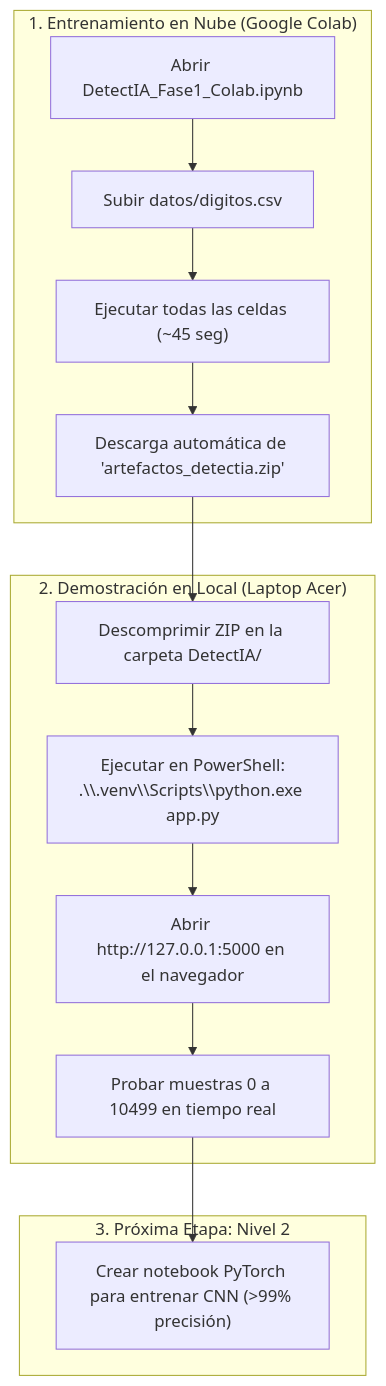
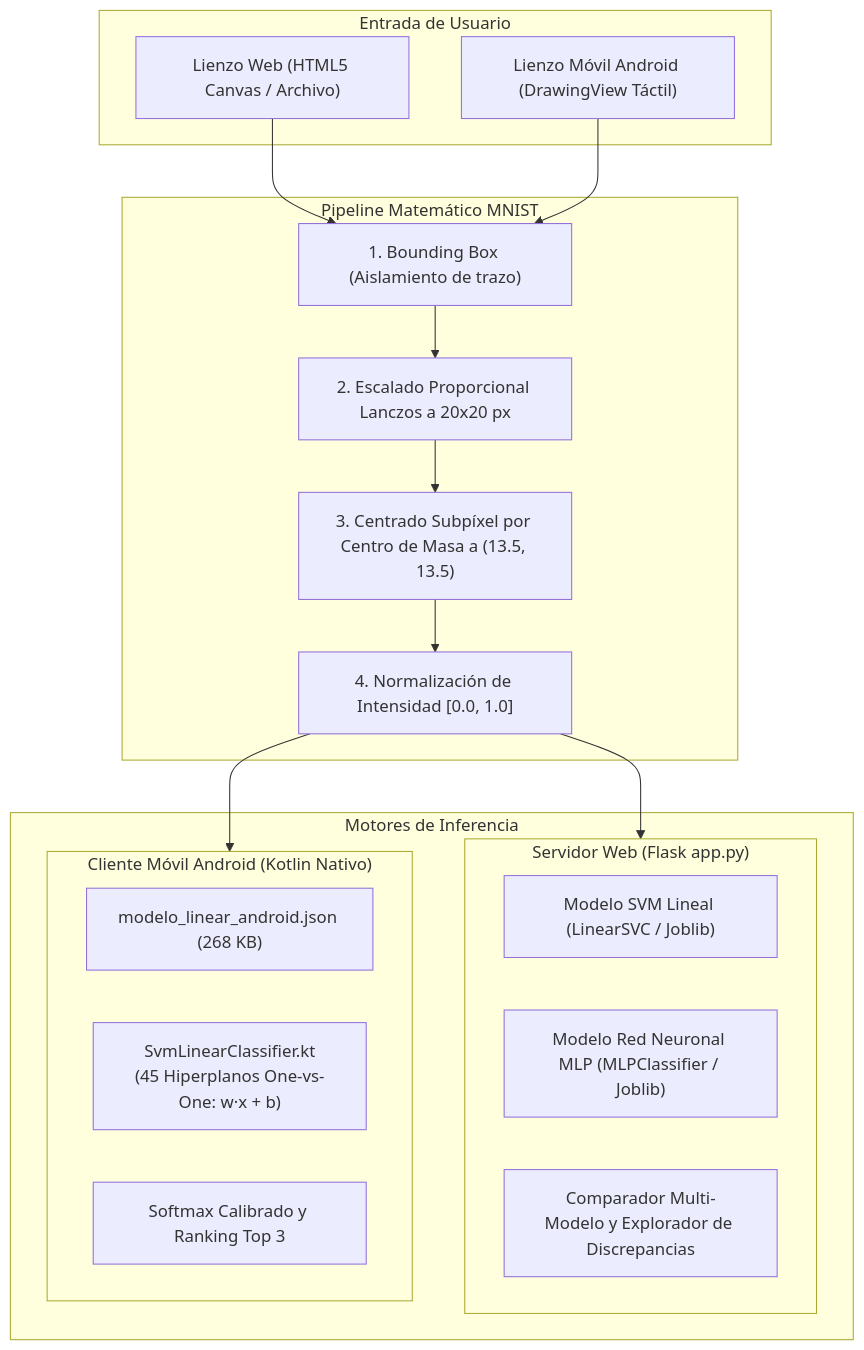
The diagram in contexto.md (TeVerde29/DetectIA), drawn with Mermaid before and after one commit. The commit also changed other lines of this file and 74 other files, not shown here.

First line of the commit message:
Add multi-model MNIST comparison experience

````diff
--- a/contexto.md
+++ b/contexto.md
@@ -113,19 +22,33 @@
 ```mermaid
 flowchart TD
-    subgraph Nube ["1. Entrenamiento en Nube (Google Colab)"]
-        A["Abrir DetectIA_Fase1_Colab.ipynb"] --> B["Subir datos/digitos.csv"]
-        B --> C["Ejecutar todas las celdas (~45 seg)"]
-        C --> D["Descarga automática de 'artefactos_detectia.zip'"]
+    subgraph Entrada ["Entrada de Usuario"]
+        CanvasWeb["Lienzo Web (HTML5 Canvas / Archivo)"]
+        CanvasApp["Lienzo Móvil Android (DrawingView Táctil)"]
     end
 
-    subgraph Laptop ["2. Demostración en Local (Laptop Acer)"]
-        D --> E["Descomprimir ZIP en la carpeta DetectIA/"]
-        E --> F["Ejecutar en PowerShell:\n.\\.venv\\Scripts\\python.exe app.py"]
-        F --> G["Abrir http://127.0.0.1:5000 en el navegador"]
-        G --> H["Probar muestras 0 a 10499 en tiempo real"]
+    subgraph Preprocesamiento ["Pipeline Matemático MNIST"]
+        BBox["1. Bounding Box (Aislamiento de trazo)"]
+        Scale["2. Escalado Proporcional Lanczos a 20x20 px"]
+        CoM["3. Centrado Subpíxel por Centro de Masa a (13.5, 13.5)"]
+        Norm["4. Normalización de Intensidad [0.0, 1.0]"]
     end
 
-    subgraph SiguientePaso ["3. Próxima Etapa: Nivel 2"]
-        H --> I["Crear notebook PyTorch para entrenar CNN (>99% precisión)"]
+    subgraph Motores ["Motores de Inferencia"]
+        subgraph ServidorWeb ["Servidor Web (Flask app.py)"]
+            ModSVM["Modelo SVM Lineal (LinearSVC / Joblib)"]
+            ModCNN["Modelo Red Neuronal MLP (MLPClassifier / Joblib)"]
+            Comparador["Comparador Multi-Modelo y Explorador de Discrepancias"]
+        end
+        subgraph ClienteMovil ["Cliente Móvil Android (Kotlin Nativo)"]
+            AssetsJSON["modelo_linear_android.json (268 KB)"]
+            OvOEngine["SvmLinearClassifier.kt\n(45 Hiperplanos One-vs-One: w·x + b)"]
+            SoftmaxAndroid["Softmax Calibrado y Ranking Top 3"]
+        end
     end
+
+    CanvasWeb --> BBox
+    CanvasApp --> BBox
+    BBox --> Scale --> CoM --> Norm
+    Norm --> ServidorWeb
+    Norm --> ClienteMovil
 ```
````
